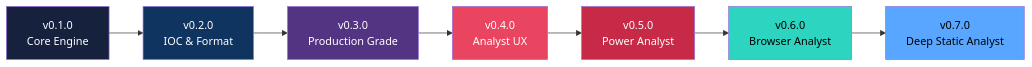
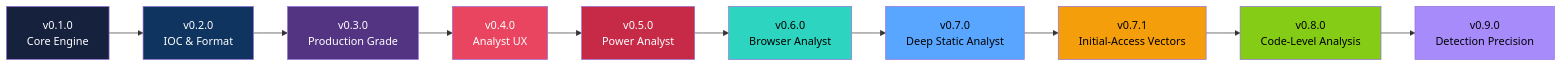
Before and after one commit to Masriyan/FlatScan: the first of 2 diagrams in roadmap.md, drawn with Mermaid. The commit also changed other lines of this file and 7 other files, not shown here.

````diff
--- a/roadmap.md
+++ b/roadmap.md
@@ -29,16 +29,22 @@
 ```mermaid
 graph LR
     A["v0.1.0<br/>Core Engine"] --> B["v0.2.0<br/>IOC & Format"]
     B --> C["v0.3.0<br/>Production Grade"]
     C --> D["v0.4.0<br/>Analyst UX"]
     D --> E["v0.5.0<br/>Power Analyst"]
     E --> F["v0.6.0<br/>Browser Analyst"]
     F --> G["v0.7.0<br/>Deep Static Analyst"]
+    G --> H["v0.7.1<br/>Initial-Access Vectors"]
+    H --> I["v0.8.0<br/>Code-Level Analysis"]
+    I --> J["v0.9.0<br/>Detection Precision"]
     style A fill:#16213e,color:#fff
     style B fill:#0f3460,color:#fff
     style C fill:#533483,color:#fff
     style D fill:#e94560,color:#fff
     style E fill:#c62a47,color:#fff
     style F fill:#2dd4bf,color:#000
     style G fill:#58a6ff,color:#000
+    style H fill:#f59e0b,color:#000
+    style I fill:#84cc16,color:#000
+    style J fill:#a78bfa,color:#000
 ```
````
